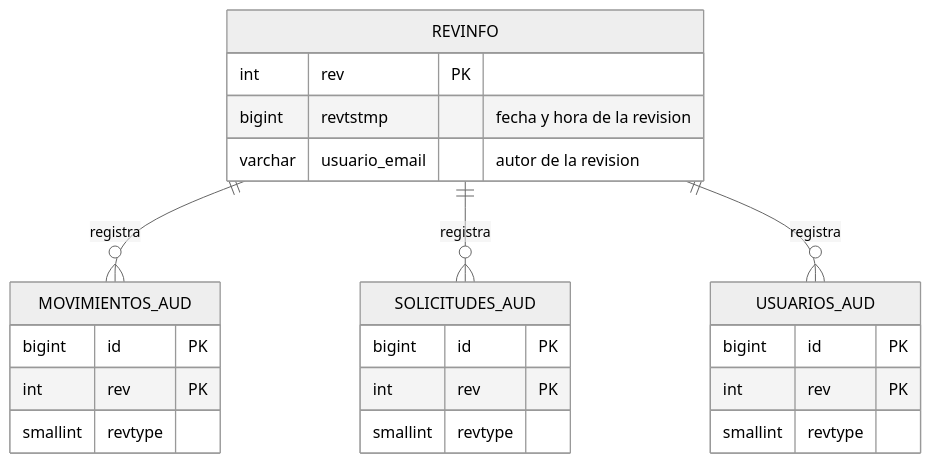
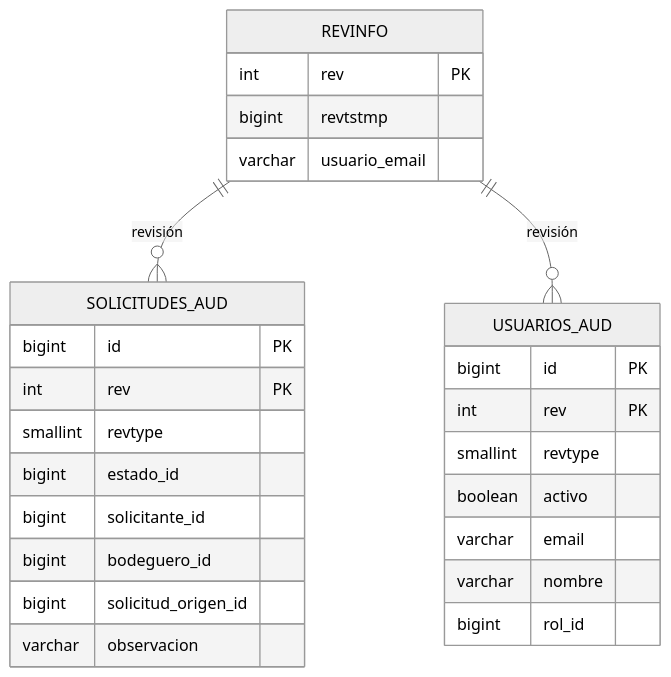
The second of 2 diagrams in FASE-2/EVIDENCIAS-DE-PROYECTO/07-Modelo-de-Datos.md (ezequielesq/SAN-BERNARDO-MALLEN-GONZALEZ-PTY4614-002D-EQUIPO-3), drawn with Mermaid (neutral theme) before and after one commit. The commit also changed other lines of this file and 1 other file, not shown here.

First line of the commit message:
Actualiza el modelo de datos y los diagramas al libro de operaciones

````diff
--- a/FASE-2/EVIDENCIAS-DE-PROYECTO/07-Modelo-de-Datos.md
+++ b/FASE-2/EVIDENCIAS-DE-PROYECTO/07-Modelo-de-Datos.md
@@ -115,27 +136,29 @@
 ```mermaid
 erDiagram
-    REVINFO ||--o{ MOVIMIENTOS_AUD : registra
-    REVINFO ||--o{ SOLICITUDES_AUD : registra
-    REVINFO ||--o{ USUARIOS_AUD : registra
-
+    REVINFO ||--o{ SOLICITUDES_AUD : "revisión"
+    REVINFO ||--o{ USUARIOS_AUD : "revisión"
     REVINFO {
         int rev PK
-        bigint revtstmp "fecha y hora de la revision"
-        varchar usuario_email "autor de la revision"
-    }
-    MOVIMIENTOS_AUD {
-        bigint id PK
-        int rev PK
-        smallint revtype
+        bigint revtstmp
+        varchar usuario_email
     }
     SOLICITUDES_AUD {
         bigint id PK
         int rev PK
         smallint revtype
+        bigint estado_id
+        bigint solicitante_id
+        bigint bodeguero_id
+        bigint solicitud_origen_id
+        varchar observacion
     }
     USUARIOS_AUD {
         bigint id PK
         int rev PK
         smallint revtype
+        boolean activo
+        varchar email
+        varchar nombre
+        bigint rol_id
     }
 ```
````
